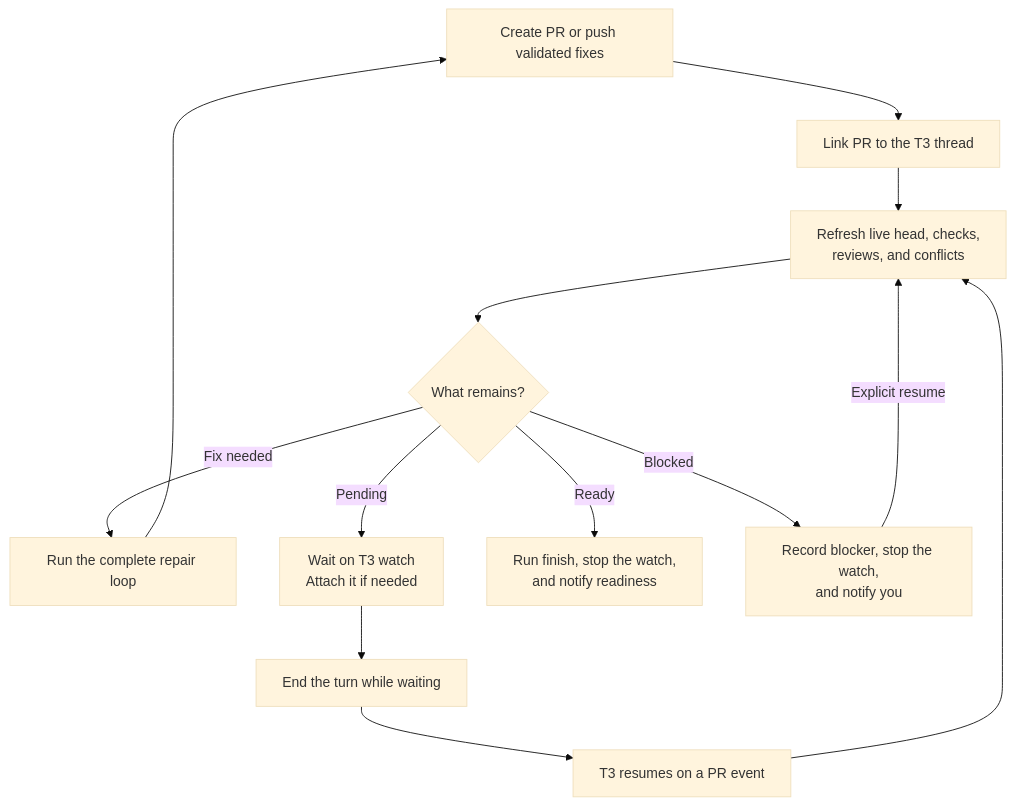
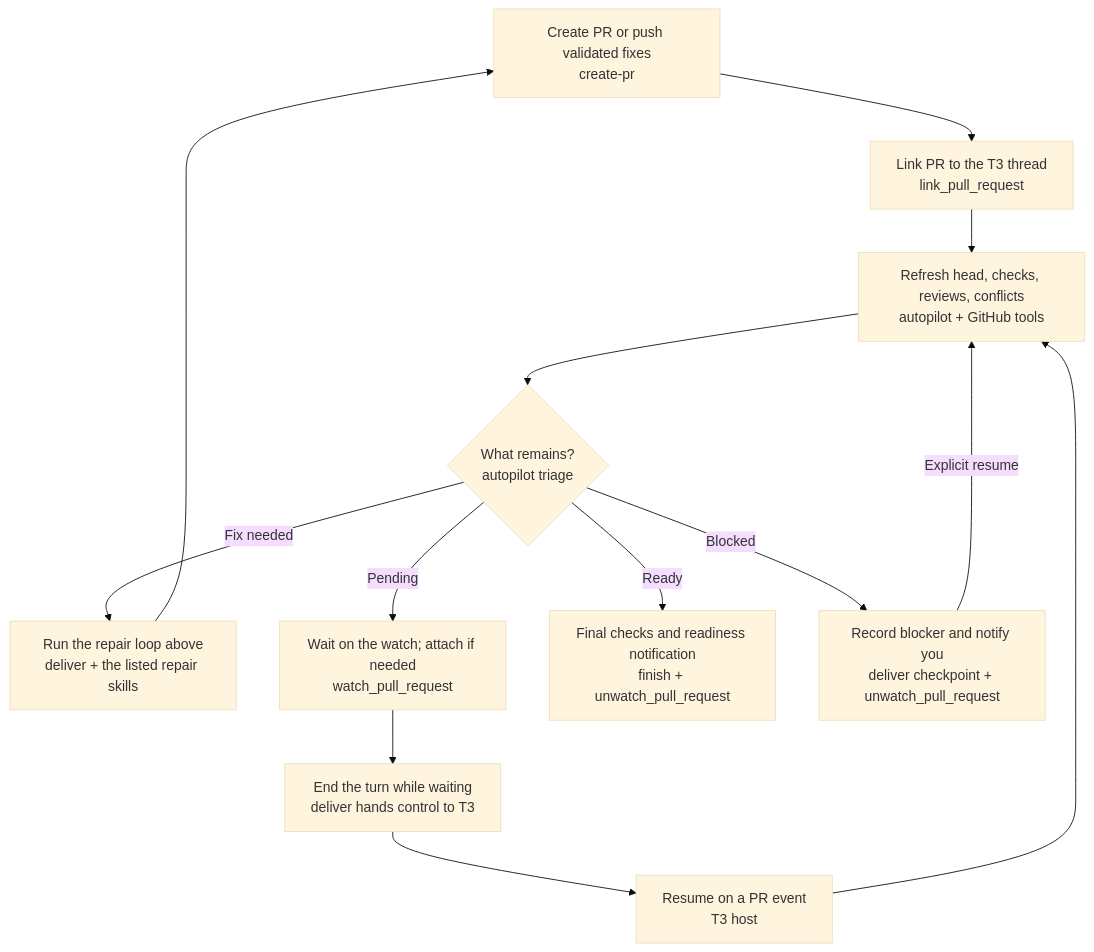
One commit to Saty248/agent-workflows changed the third of 3 diagrams in README.md. Above: the diagram before and after it, drawn with Mermaid (base theme). The commit also changed other lines of this file, not shown here.

Commit message:
docs(readme): label workflow diagrams with skills and tools

````diff
--- a/README.md
+++ b/README.md
@@ -206,15 +212,15 @@
 ```mermaid
 flowchart TD
-    push["Create PR or push validated fixes"] --> link["Link PR to the T3 thread"]
-    link --> refresh["Refresh live head, checks,<br/>reviews, and conflicts"]
-    refresh --> state{"What remains?"}
-    state -->|Fix needed| repair["Run the complete repair loop"]
+    push["Create PR or push validated fixes<br/>create-pr"] --> link["Link PR to the T3 thread<br/>link_pull_request"]
+    link --> refresh["Refresh head, checks, reviews, conflicts<br/>autopilot + GitHub tools"]
+    refresh --> state{"What remains?<br/>autopilot triage"}
+    state -->|Fix needed| repair["Run the repair loop above<br/>deliver + the listed repair skills"]
     repair --> push
-    state -->|Pending| watch["Wait on T3 watch<br/>Attach it if needed"]
-    watch --> yield["End the turn while waiting"]
-    yield --> event["T3 resumes on a PR event"]
+    state -->|Pending| watch["Wait on the watch; attach if needed<br/>watch_pull_request"]
+    watch --> yield["End the turn while waiting<br/>deliver hands control to T3"]
+    yield --> event["Resume on a PR event<br/>T3 host"]
     event --> refresh
-    state -->|Ready| finish["Run finish, stop the watch,<br/>and notify readiness"]
-    state -->|Blocked| blocked["Record blocker, stop the watch,<br/>and notify you"]
+    state -->|Ready| finish["Final checks and readiness notification<br/>finish + unwatch_pull_request"]
+    state -->|Blocked| blocked["Record blocker and notify you<br/>deliver checkpoint + unwatch_pull_request"]
     blocked -->|Explicit resume| refresh
 ```
````
